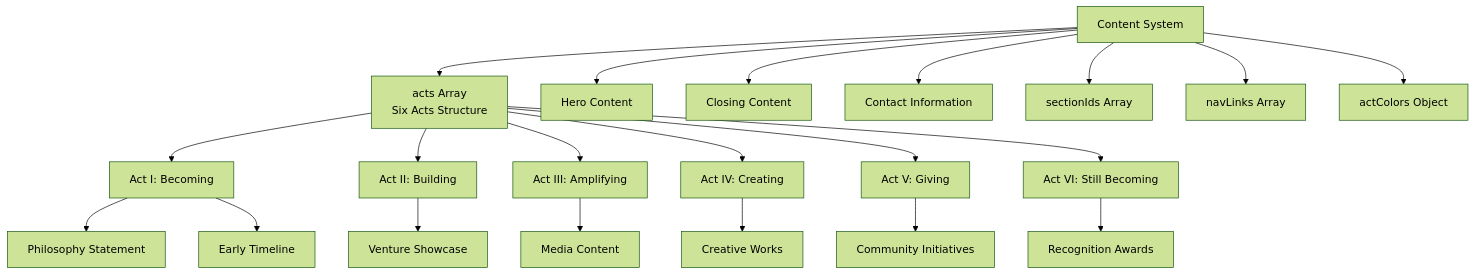
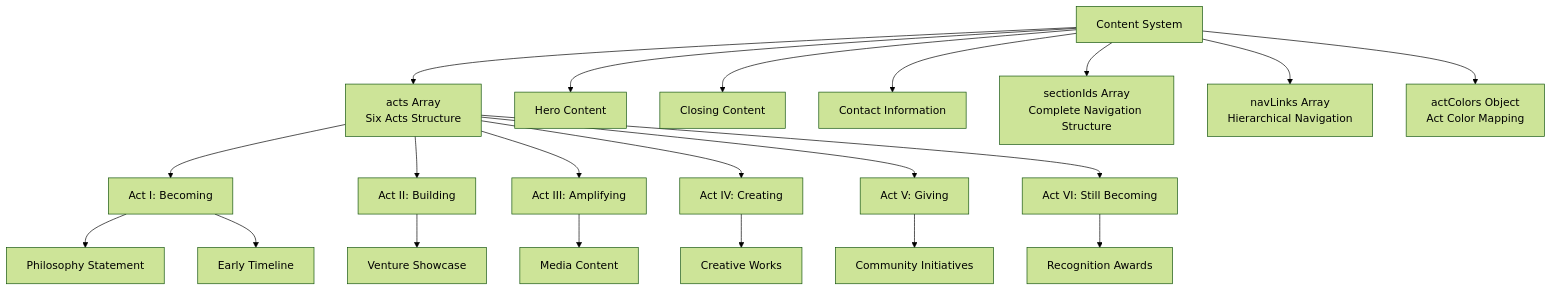
Before and after one commit to rakeshmaity271/frankie-picasso: the ninth of 14 diagrams in .qoder/repowiki/en/content/Application Architecture.md, drawn with Mermaid (forest theme). The commit also changed other lines of this file and 27 other files, not shown here.

````diff
--- a/.qoder/repowiki/en/content/Application Architecture.md
+++ b/.qoder/repowiki/en/content/Application Architecture.md
@@ -541,23 +766,23 @@
 ```mermaid
 graph TB
 Content["Content System"] --> ActsArray["acts Array<br/>Six Acts Structure"]
 Content --> Hero["Hero Content"]
 Content --> Closing["Closing Content"]
 Content --> Contact["Contact Information"]
-Content --> SectionIds["sectionIds Array"]
-Content --> NavLinks["navLinks Array"]
-Content --> ActColors["actColors Object"]
+Content --> SectionIds["sectionIds Array<br/>Complete Navigation Structure"]
+Content --> NavLinks["navLinks Array<br/>Hierarchical Navigation"]
+Content --> ActColors["actColors Object<br/>Act Color Mapping"]
 ActsArray --> Becoming["Act I: Becoming"]
 ActsArray --> Building["Act II: Building"]
 ActsArray --> Amplifying["Act III: Amplifying"]
 ActsArray --> Creating["Act IV: Creating"]
 ActsArray --> Giving["Act V: Giving"]
 ActsArray --> StillBecoming["Act VI: Still Becoming"]
 Becoming --> Philosophy["Philosophy Statement"]
 Becoming --> Timeline["Early Timeline"]
 Building --> Ventures["Venture Showcase"]
 Amplifying --> Shows["Media Content"]
 Creating --> Works["Creative Works"]
 Giving --> Initiatives["Community Initiatives"]
 StillBecoming --> Awards["Recognition Awards"]
 ```
````
